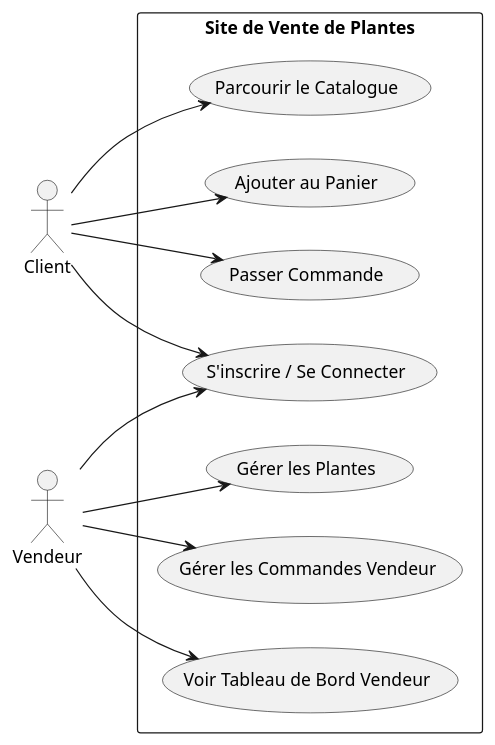
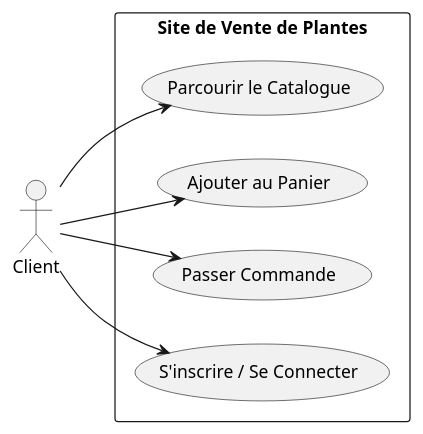
Before and after one commit to mimi222824/vente-plantes-en-ligne: the diagram in use_case_diagram.puml, drawn with PlantUML.

```diff
--- a/use_case_diagram.puml
+++ b/use_case_diagram.puml
@@ -1,27 +1,19 @@
 @startuml
 left to right direction
 
 actor Client
-actor Vendeur
 
 rectangle "Site de Vente de Plantes" {
   usecase "Parcourir le Catalogue" as UC_Parcourir
   usecase "Ajouter au Panier" as UC_Panier
   usecase "Passer Commande" as UC_Commander
   usecase "S'inscrire / Se Connecter" as UC_Auth
 
-  usecase "Gérer les Plantes" as UC_GererPlantes
-  usecase "Gérer les Commandes Vendeur" as UC_GererCommandesV
-  usecase "Voir Tableau de Bord Vendeur" as UC_DashboardV
 }
 
 Client --> UC_Parcourir
 Client --> UC_Panier
 Client --> UC_Commander
 Client --> UC_Auth
 
-Vendeur --> UC_Auth
-Vendeur --> UC_GererPlantes
-Vendeur --> UC_GererCommandesV
-Vendeur --> UC_DashboardV
 @enduml
```
